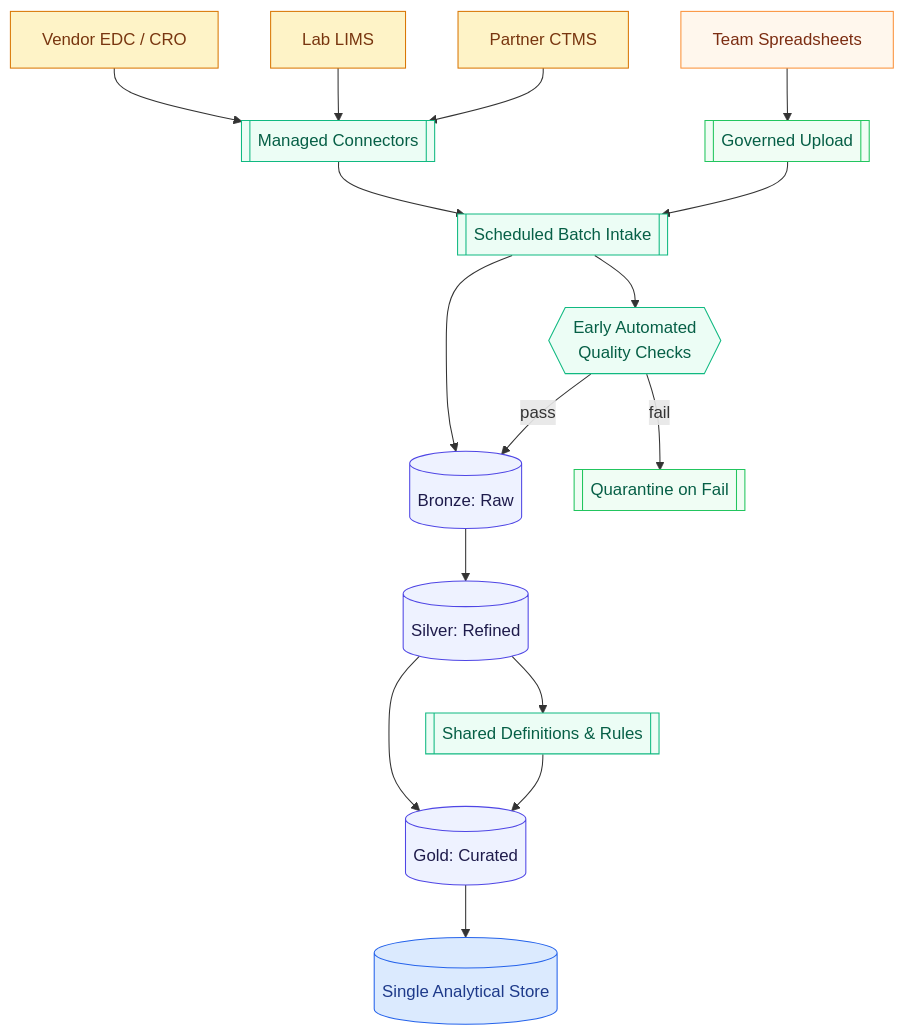
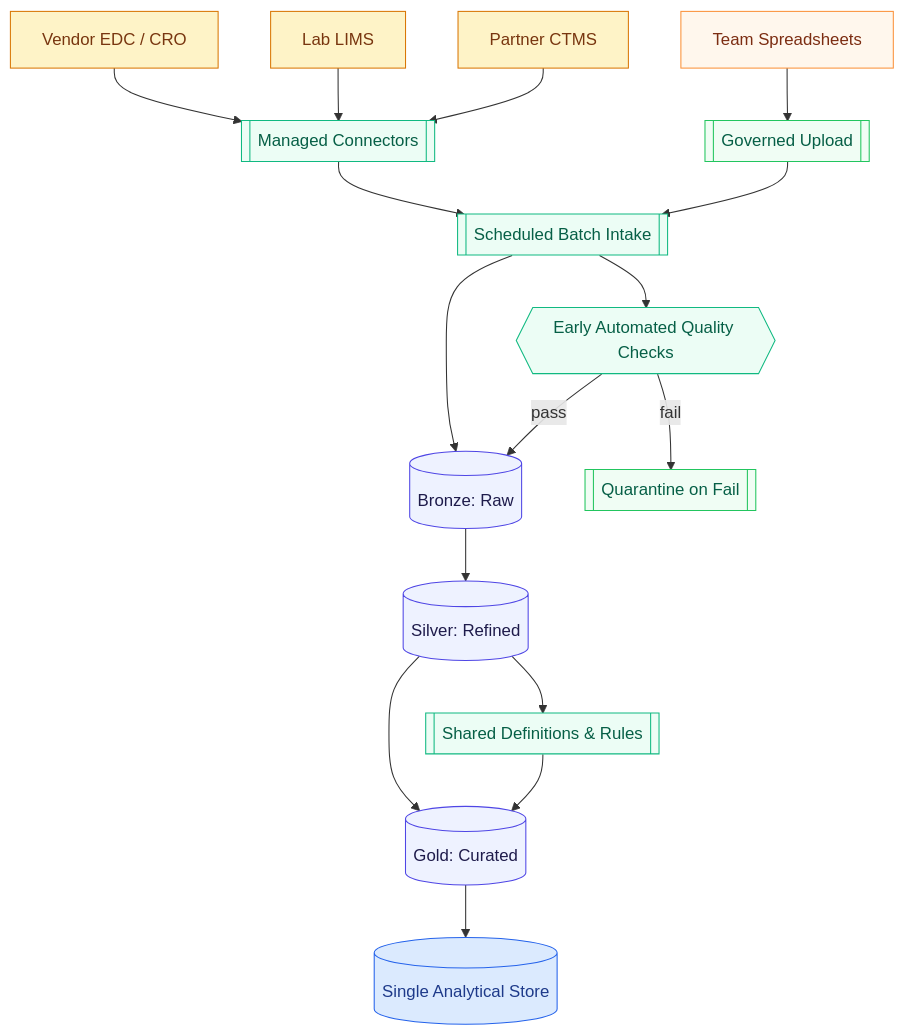
One commit to mlogan914/mlogan914.github.io changed the second of 2 diagrams in _pages/services.md. Above: the diagram before and after it, drawn with Mermaid. The commit also changed other lines of this file, not shown here.

````diff
--- a/_pages/services.md
+++ b/_pages/services.md
@@ -87,46 +88,40 @@
 ```mermaid
-  flowchart TD
-  %% Styles
+%%{init: {'theme': 'default', 'themeVariables': { 'background': '#f9fafb' }}}%%
+flowchart TD
   classDef good fill:#ecfdf5,stroke:#10b981,color:#065f46
   classDef layer fill:#eef2ff,stroke:#4f46e5,color:#1e1b4b
   classDef store fill:#dbeafe,stroke:#2563eb,color:#1e3a8a
   classDef vendor fill:#fef3c7,stroke:#d97706,color:#78350f
   classDef sheet fill:#fff7ed,stroke:#fb923c,color:#7c2d12
   classDef guard fill:#f0fdf4,stroke:#22c55e,color:#065f46
 
-  %% External sources
   V1[Vendor EDC / CRO]:::vendor
   V2[Lab LIMS]:::vendor
   V3[Partner CTMS]:::vendor
   S1[Team Spreadsheets]:::sheet
 
-  %% Ingestion
   MC[[Managed Connectors]]:::good
   UP[[Governed Upload]]:::guard
   SBI[[Scheduled Batch Intake]]:::good
-  QC{{Early Automated<br/>Quality Checks}}:::good
+  QC{{Early Automated Quality Checks}}:::good
   QZ[[Quarantine on Fail]]:::guard
 
-  %% Layers
   BR[(Bronze: Raw)]:::layer
   SI[(Silver: Refined)]:::layer
   DEF[[Shared Definitions & Rules]]:::good
   GO[(Gold: Curated)]:::layer
   AS[(Single Analytical Store)]:::store
 
-  %% Flows
   V1 --> MC
   V2 --> MC
   V3 --> MC
   MC --> SBI --> BR --> SI --> GO --> AS
 
-  %% Spreadsheet path (governed)
   S1 --> UP --> SBI
   SBI --> QC
   QC -- pass --> BR
   QC -- fail --> QZ
 
-  %% Governance
   SI --> DEF
   DEF --> GO
 ```
````
